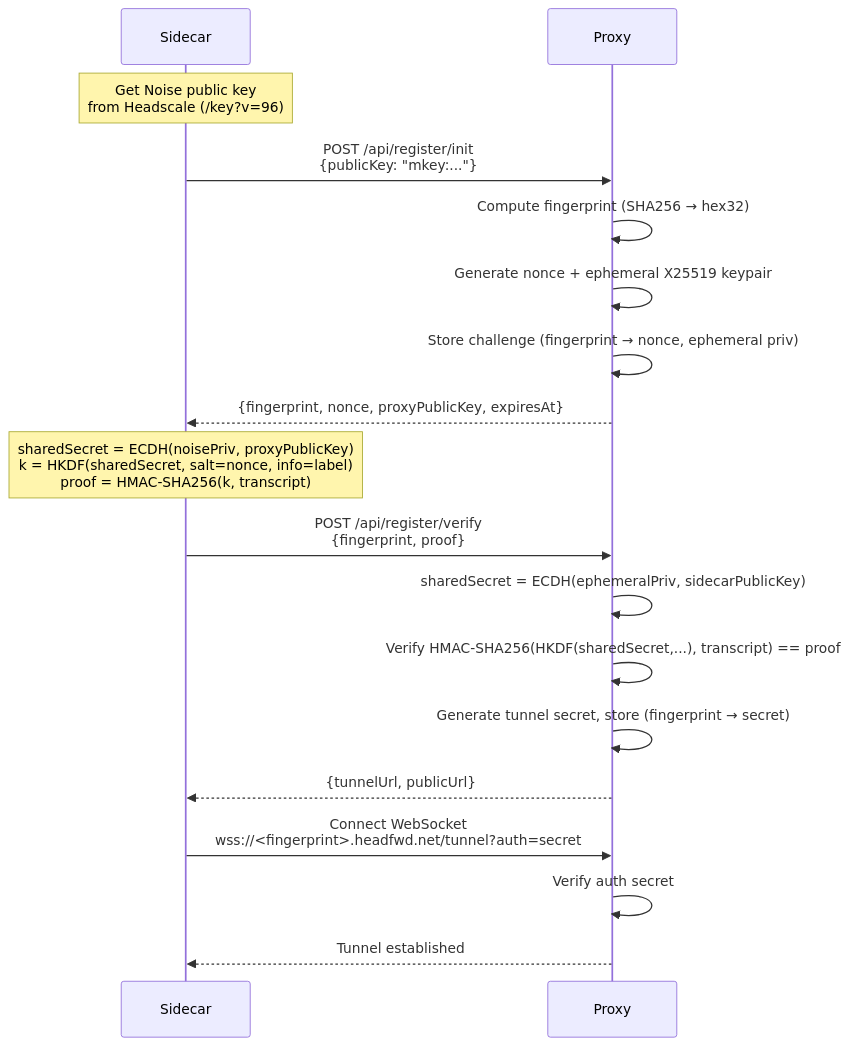
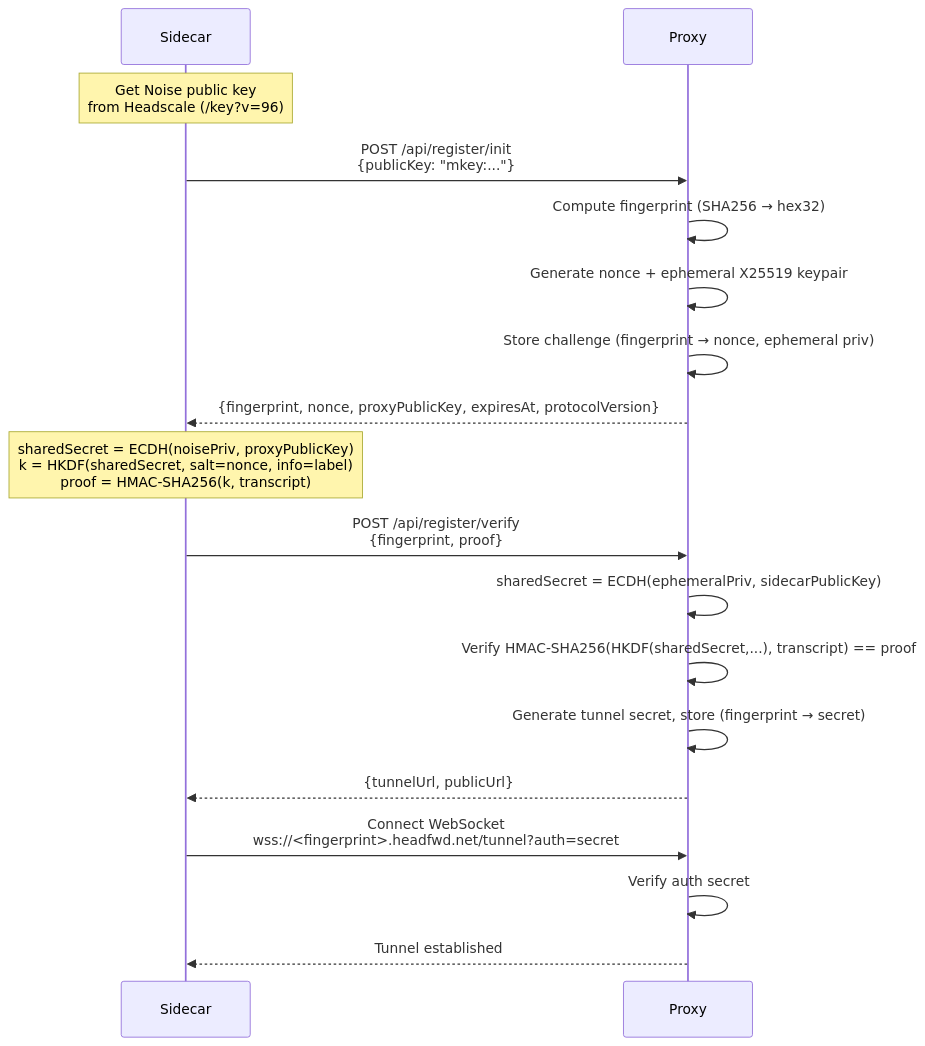
Before and after one commit to pastudan/headfwd: the diagram in docs/REGISTRATION.md, drawn with Mermaid. The commit also changed other lines of this file and 27 other files, not shown here.

````diff
--- a/docs/REGISTRATION.md
+++ b/docs/REGISTRATION.md
@@ -21,23 +42,23 @@
 ```mermaid
 sequenceDiagram
     participant Sidecar
     participant Proxy
 
     Note over Sidecar: Get Noise public key<br/>from Headscale (/key?v=96)
     Sidecar->>Proxy: POST /api/register/init<br/>{publicKey: "mkey:..."}
     Proxy->>Proxy: Compute fingerprint (SHA256 → hex32)
     Proxy->>Proxy: Generate nonce + ephemeral X25519 keypair
     Proxy->>Proxy: Store challenge (fingerprint → nonce, ephemeral priv)
-    Proxy-->>Sidecar: {fingerprint, nonce, proxyPublicKey, expiresAt}
+    Proxy-->>Sidecar: {fingerprint, nonce, proxyPublicKey, expiresAt, protocolVersion}
 
     Note over Sidecar: sharedSecret = ECDH(noisePriv, proxyPublicKey)<br/>k = HKDF(sharedSecret, salt=nonce, info=label)<br/>proof = HMAC-SHA256(k, transcript)
     Sidecar->>Proxy: POST /api/register/verify<br/>{fingerprint, proof}
     Proxy->>Proxy: sharedSecret = ECDH(ephemeralPriv, sidecarPublicKey)
     Proxy->>Proxy: Verify HMAC-SHA256(HKDF(sharedSecret,...), transcript) == proof
     Proxy->>Proxy: Generate tunnel secret, store (fingerprint → secret)
     Proxy-->>Sidecar: {tunnelUrl, publicUrl}
 
     Sidecar->>Proxy: Connect WebSocket<br/>wss://<fingerprint>.headfwd.net/tunnel?auth=secret
     Proxy->>Proxy: Verify auth secret
     Proxy-->>Sidecar: Tunnel established
 ```
````
